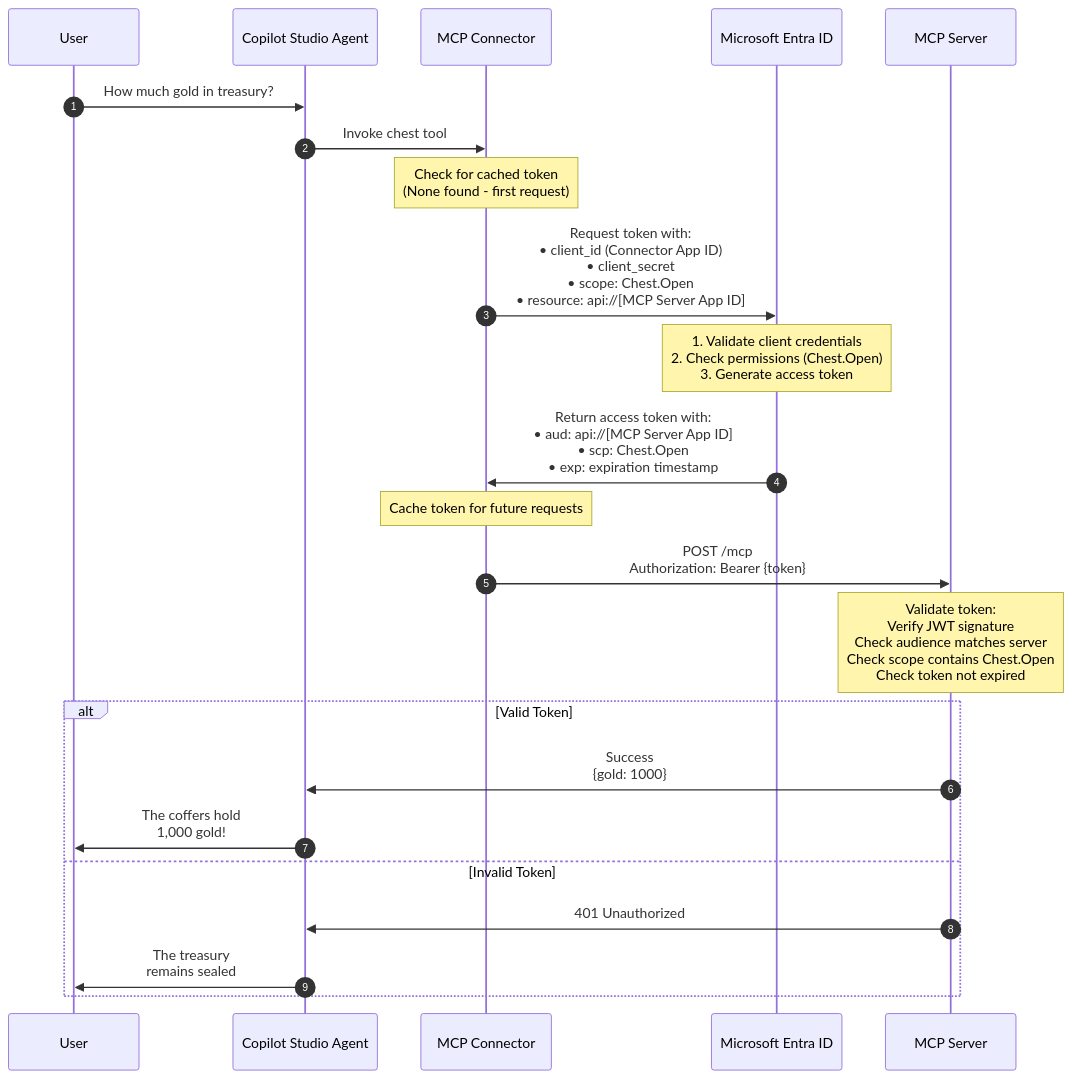
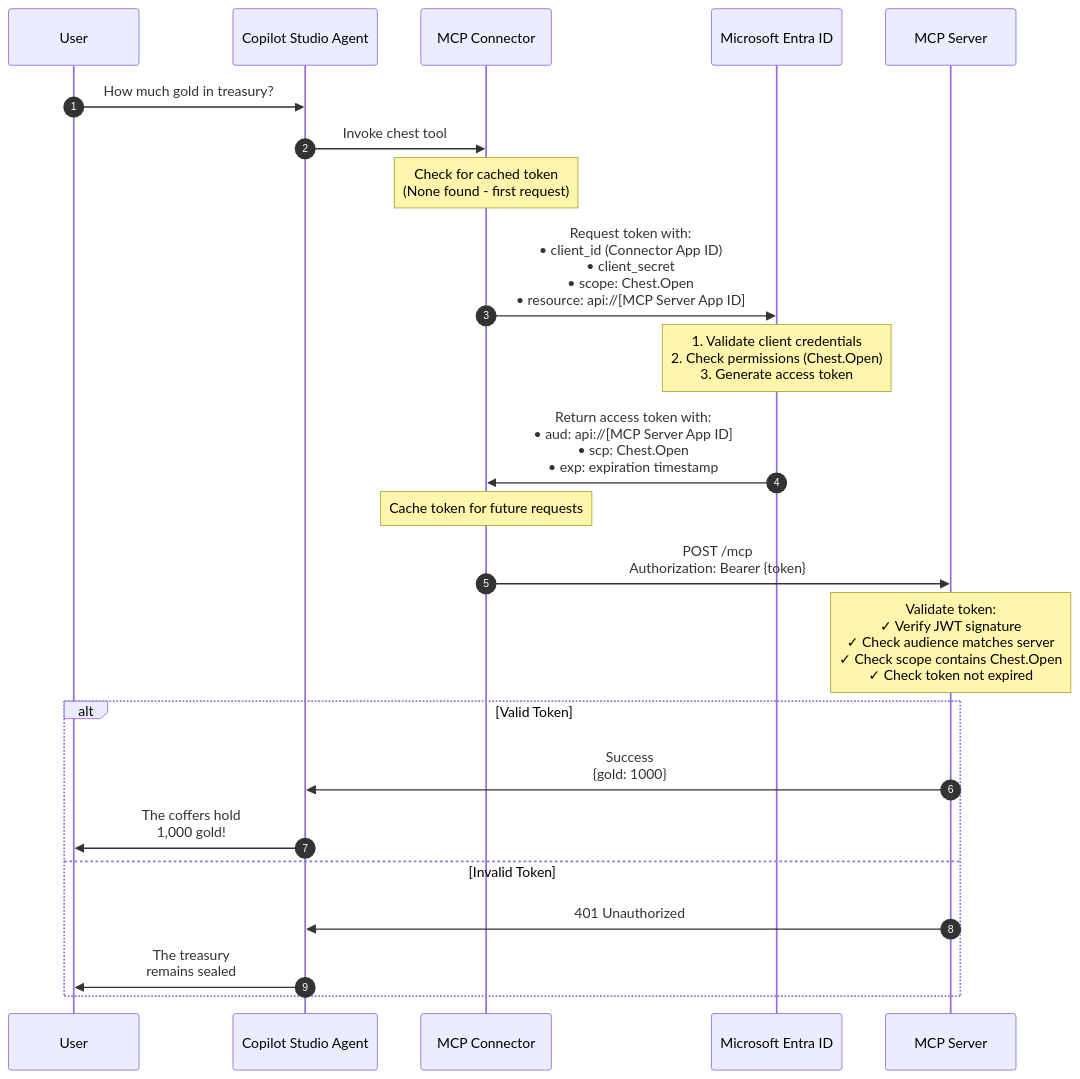
One commit to microsoft/mcs-labs changed the diagram in labs/guildhall-custom-mcp/README.md. Above: the diagram before and after it, drawn with Mermaid. The commit also changed other lines of this file and 52 other files, not shown here.

````diff
--- a/labs/guildhall-custom-mcp/README.md
+++ b/labs/guildhall-custom-mcp/README.md
@@ -980,26 +980,26 @@
 ```mermaid
 sequenceDiagram
     autonumber
     participant User
     participant Agent as Copilot Studio Agent
     participant Connector as MCP Connector
     participant EntraID as Microsoft Entra ID
     participant MCP as MCP Server
 
     User->>Agent: How much gold in treasury?
     Agent->>Connector: Invoke chest tool
     Note over Connector: Check for cached token<br/>(None found - first request)
     Connector->>EntraID: Request token with:<br/>• client_id (Connector App ID)<br/>• client_secret<br/>• scope: Chest.Open<br/>• resource: api://[MCP Server App ID]
     Note over EntraID: 1. Validate client credentials<br/>2. Check permissions (Chest.Open)<br/>3. Generate access token
     EntraID->>Connector: Return access token with:<br/>• aud: api://[MCP Server App ID]<br/>• scp: Chest.Open<br/>• exp: expiration timestamp
     Note over Connector: Cache token for future requests
     Connector->>MCP: POST /mcp<br/>Authorization: Bearer {token}
-    Note over MCP: Validate token:<br/> Verify JWT signature<br/> Check audience matches server<br/> Check scope contains Chest.Open<br/> Check token not expired
+    Note over MCP: Validate token:<br/>✓ Verify JWT signature<br/>✓ Check audience matches server<br/>✓ Check scope contains Chest.Open<br/>✓ Check token not expired
     alt Valid Token
         MCP->>Agent: Success<br/>{gold: 1000}
         Agent->>User: The coffers hold<br/>1,000 gold!
     else Invalid Token
         MCP->>Agent: 401 Unauthorized
         Agent->>User: The treasury<br/>remains sealed
     end
 ```
````
